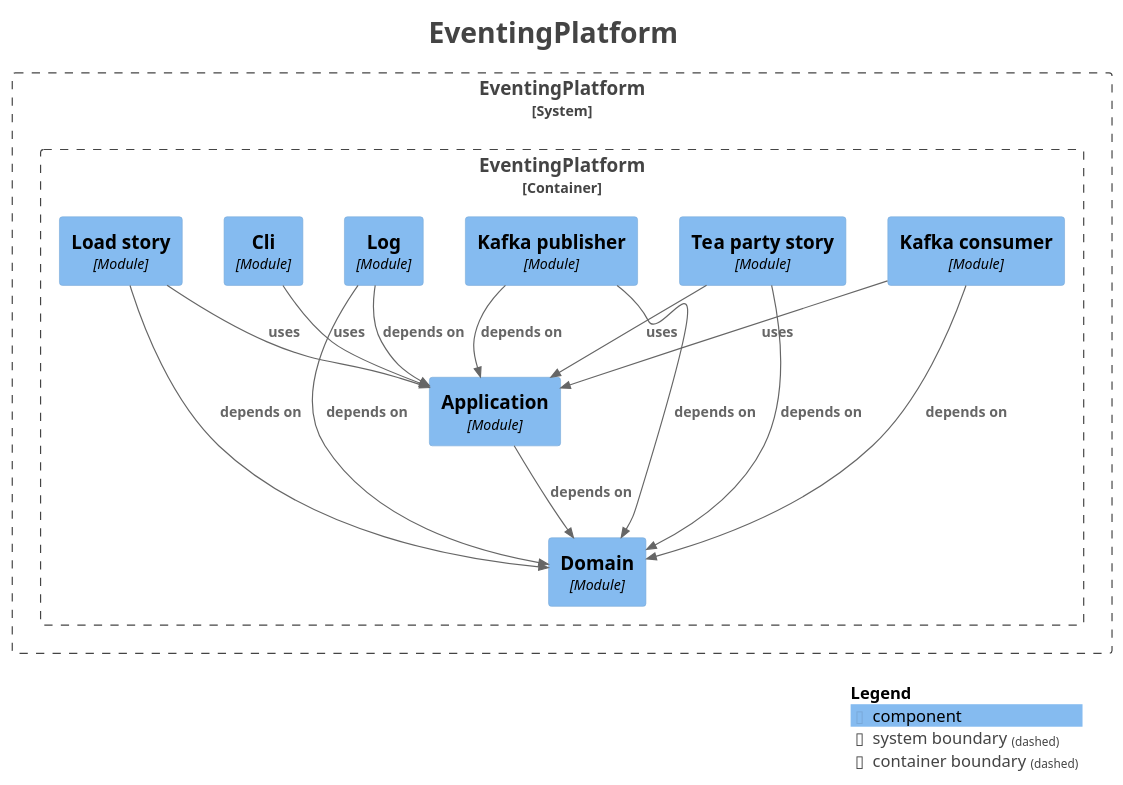
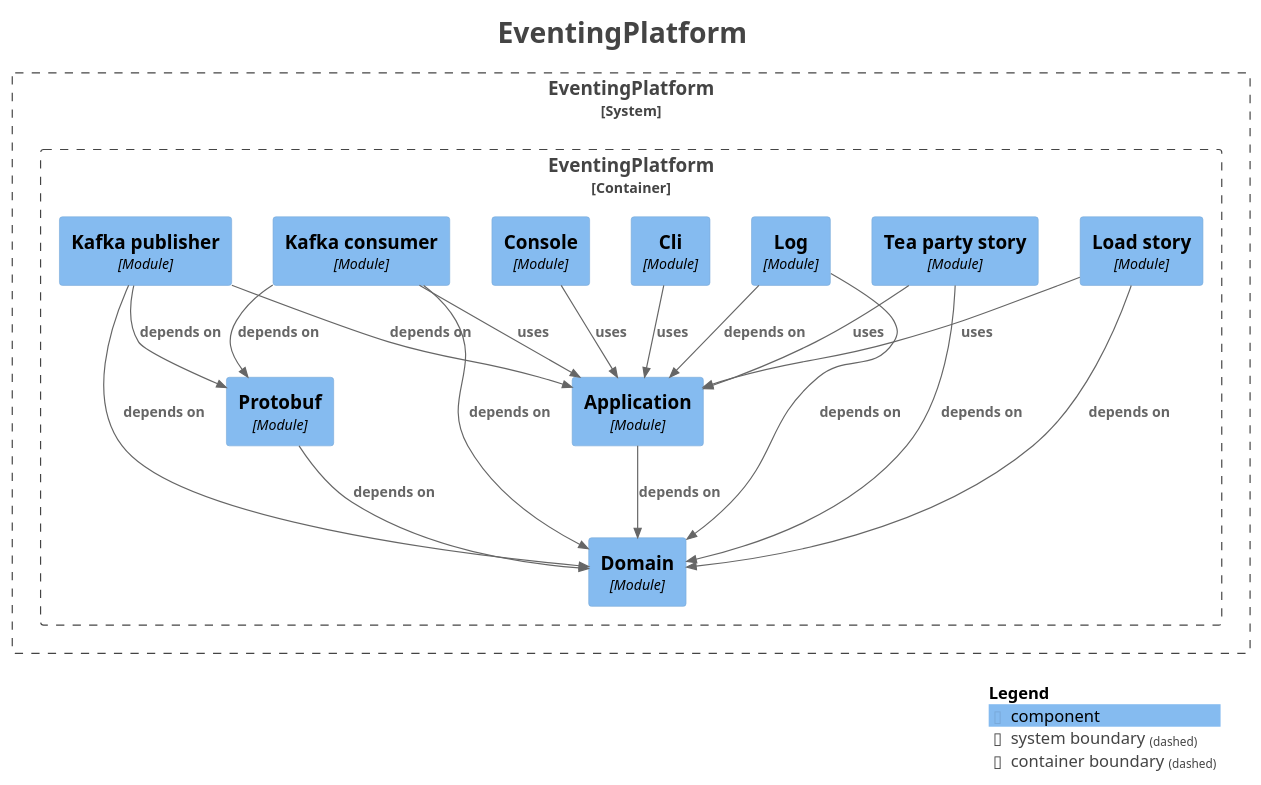
Before and after one commit to Mathmagicians/confluent-eventing-playground: the diagram in docs/generated/architecture/plantuml/components.puml, drawn with PlantUML. The commit also changed 28 other files, not shown here.

Commit message:
Updated claude skills to save all the whipping. Decided to do a local impl for a story that listens to kafka, by adding a console listener to be implemented.

```diff
--- a/docs/generated/architecture/plantuml/components.puml
+++ b/docs/generated/architecture/plantuml/components.puml
@@ -1,47 +1,53 @@
 @startuml
 title <size:24>EventingPlatform</size>
 
 set separator none
 top to bottom direction
 
 <style>
   root {
     BackgroundColor: #ffffff
     FontColor: #444444
   }
 </style>
 
 !include <C4/C4>
 !include <C4/C4_Context>
 !include <C4/C4_Component>
 
 System_Boundary("EventingPlatform_boundary", "EventingPlatform", $tags="") {
   Container_Boundary("EventingPlatform.EventingPlatform_boundary", "EventingPlatform", $tags="") {
+    Component(EventingPlatform.EventingPlatform.Log, "Log", $techn="Module", $descr="", $tags="", $link="")
+    Component(EventingPlatform.EventingPlatform.Loadstory, "Load story", $techn="Module", $descr="", $tags="", $link="")
     Component(EventingPlatform.EventingPlatform.Teapartystory, "Tea party story", $techn="Module", $descr="", $tags="", $link="")
     Component(EventingPlatform.EventingPlatform.Domain, "Domain", $techn="Module", $descr="", $tags="", $link="")
+    Component(EventingPlatform.EventingPlatform.Protobuf, "Protobuf", $techn="Module", $descr="", $tags="", $link="")
     Component(EventingPlatform.EventingPlatform.Application, "Application", $techn="Module", $descr="", $tags="", $link="")
     Component(EventingPlatform.EventingPlatform.Cli, "Cli", $techn="Module", $descr="", $tags="", $link="")
+    Component(EventingPlatform.EventingPlatform.Console, "Console", $techn="Module", $descr="", $tags="", $link="")
     Component(EventingPlatform.EventingPlatform.Kafkaconsumer, "Kafka consumer", $techn="Module", $descr="", $tags="", $link="")
     Component(EventingPlatform.EventingPlatform.Kafkapublisher, "Kafka publisher", $techn="Module", $descr="", $tags="", $link="")
-    Component(EventingPlatform.EventingPlatform.Log, "Log", $techn="Module", $descr="", $tags="", $link="")
-    Component(EventingPlatform.EventingPlatform.Loadstory, "Load story", $techn="Module", $descr="", $tags="", $link="")
   }
 
 }
 
-Rel(EventingPlatform.EventingPlatform.Application, EventingPlatform.EventingPlatform.Domain, "depends on", $techn="", $tags="", $link="")
+Rel(EventingPlatform.EventingPlatform.Kafkaconsumer, EventingPlatform.EventingPlatform.Domain, "depends on", $techn="", $tags="", $link="")
+Rel(EventingPlatform.EventingPlatform.Kafkaconsumer, EventingPlatform.EventingPlatform.Protobuf, "depends on", $techn="", $tags="", $link="")
+Rel(EventingPlatform.EventingPlatform.Kafkaconsumer, EventingPlatform.EventingPlatform.Application, "uses", $techn="", $tags="", $link="")
+Rel(EventingPlatform.EventingPlatform.Log, EventingPlatform.EventingPlatform.Domain, "depends on", $techn="", $tags="", $link="")
+Rel(EventingPlatform.EventingPlatform.Log, EventingPlatform.EventingPlatform.Application, "depends on", $techn="", $tags="", $link="")
 Rel(EventingPlatform.EventingPlatform.Teapartystory, EventingPlatform.EventingPlatform.Domain, "depends on", $techn="", $tags="", $link="")
 Rel(EventingPlatform.EventingPlatform.Teapartystory, EventingPlatform.EventingPlatform.Application, "uses", $techn="", $tags="", $link="")
+Rel(EventingPlatform.EventingPlatform.Protobuf, EventingPlatform.EventingPlatform.Domain, "depends on", $techn="", $tags="", $link="")
+Rel(EventingPlatform.EventingPlatform.Application, EventingPlatform.EventingPlatform.Domain, "depends on", $techn="", $tags="", $link="")
+Rel(EventingPlatform.EventingPlatform.Cli, EventingPlatform.EventingPlatform.Application, "uses", $techn="", $tags="", $link="")
 Rel(EventingPlatform.EventingPlatform.Loadstory, EventingPlatform.EventingPlatform.Domain, "depends on", $techn="", $tags="", $link="")
 Rel(EventingPlatform.EventingPlatform.Loadstory, EventingPlatform.EventingPlatform.Application, "uses", $techn="", $tags="", $link="")
-Rel(EventingPlatform.EventingPlatform.Cli, EventingPlatform.EventingPlatform.Application, "uses", $techn="", $tags="", $link="")
-Rel(EventingPlatform.EventingPlatform.Log, EventingPlatform.EventingPlatform.Domain, "depends on", $techn="", $tags="", $link="")
-Rel(EventingPlatform.EventingPlatform.Log, EventingPlatform.EventingPlatform.Application, "depends on", $techn="", $tags="", $link="")
+Rel(EventingPlatform.EventingPlatform.Console, EventingPlatform.EventingPlatform.Application, "uses", $techn="", $tags="", $link="")
 Rel(EventingPlatform.EventingPlatform.Kafkapublisher, EventingPlatform.EventingPlatform.Domain, "depends on", $techn="", $tags="", $link="")
+Rel(EventingPlatform.EventingPlatform.Kafkapublisher, EventingPlatform.EventingPlatform.Protobuf, "depends on", $techn="", $tags="", $link="")
 Rel(EventingPlatform.EventingPlatform.Kafkapublisher, EventingPlatform.EventingPlatform.Application, "depends on", $techn="", $tags="", $link="")
-Rel(EventingPlatform.EventingPlatform.Kafkaconsumer, EventingPlatform.EventingPlatform.Domain, "depends on", $techn="", $tags="", $link="")
-Rel(EventingPlatform.EventingPlatform.Kafkaconsumer, EventingPlatform.EventingPlatform.Application, "uses", $techn="", $tags="", $link="")
 
 SHOW_LEGEND(true)
 hide stereotypes
 @enduml
```
